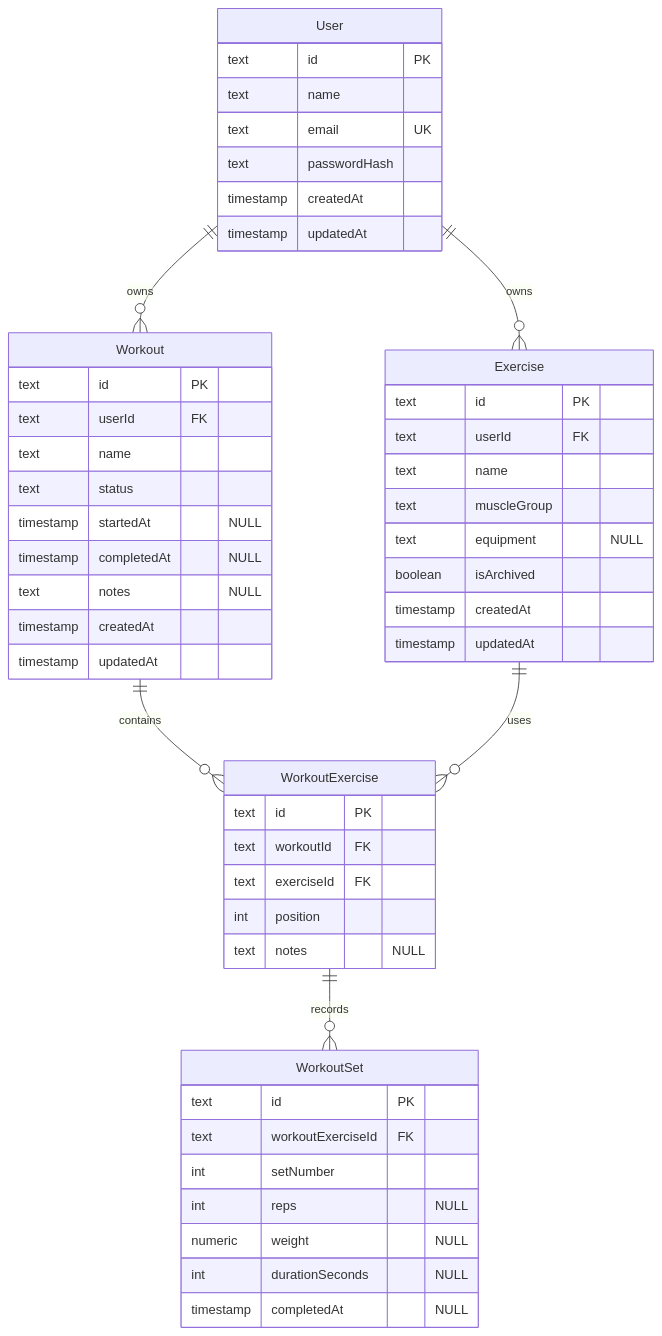
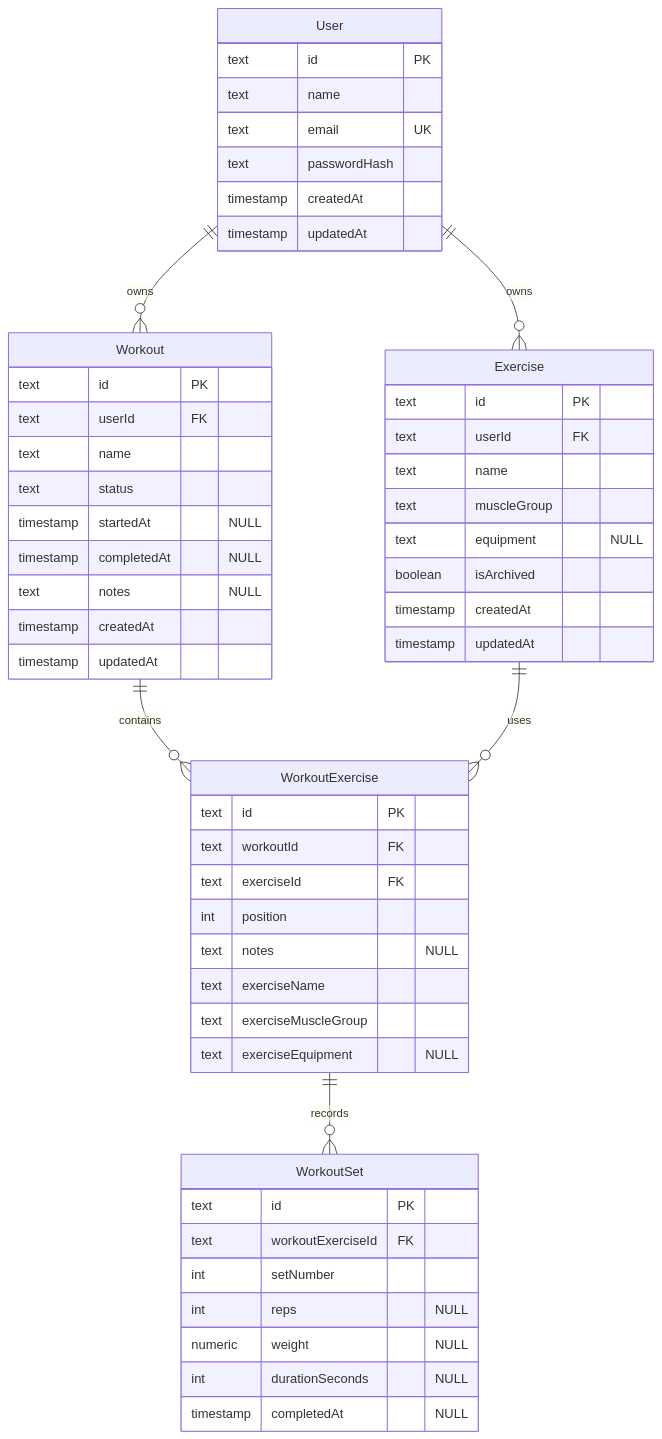
One commit to jakobzagar/Fit-Track changed the second of 2 diagrams in docs/architecture.md. Above: the diagram before and after it, drawn with Mermaid. The commit also changed other lines of this file and 18 other files, not shown here.

````diff
--- a/docs/architecture.md
+++ b/docs/architecture.md
@@ -93,58 +93,61 @@
 ```mermaid
 erDiagram
     User {
         text id PK
         text name
         text email UK
         text passwordHash
         timestamp createdAt
         timestamp updatedAt
     }
 
     Exercise {
         text id PK
         text userId FK
         text name
         text muscleGroup
         text equipment "NULL"
         boolean isArchived
         timestamp createdAt
         timestamp updatedAt
     }
 
     Workout {
         text id PK
         text userId FK
         text name
         text status
         timestamp startedAt "NULL"
         timestamp completedAt "NULL"
         text notes "NULL"
         timestamp createdAt
         timestamp updatedAt
     }
 
     WorkoutExercise {
         text id PK
         text workoutId FK
         text exerciseId FK
         int position
         text notes "NULL"
+        text exerciseName
+        text exerciseMuscleGroup
+        text exerciseEquipment "NULL"
     }
 
     WorkoutSet {
         text id PK
         text workoutExerciseId FK
         int setNumber
         int reps "NULL"
         numeric weight "NULL"
         int durationSeconds "NULL"
         timestamp completedAt "NULL"
     }
 
     User ||--o{ Exercise : owns
     User ||--o{ Workout : owns
     Workout ||--o{ WorkoutExercise : contains
     Exercise ||--o{ WorkoutExercise : uses
     WorkoutExercise ||--o{ WorkoutSet : records
 ```
````
